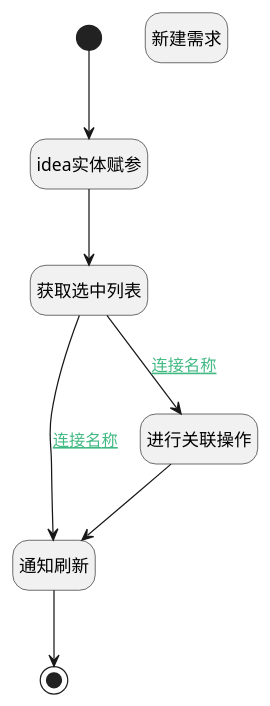
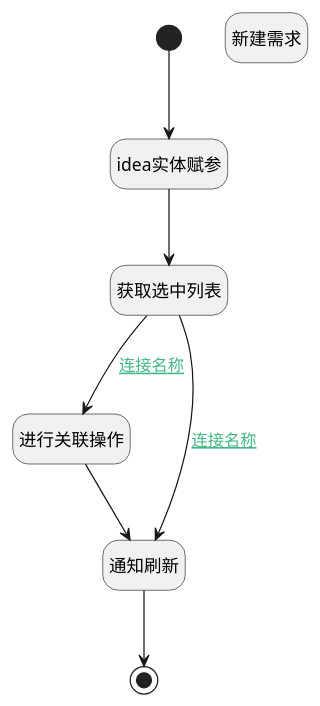
The diagram in doc/docsify/module/ProdMgmt/idea/uilogic/create_and_relation_customer.md (iBizLab/plm), drawn with PlantUML before and after one commit. The commit also changed other lines of this file and 1473 other files, not shown here.

````diff
--- a/doc/docsify/module/ProdMgmt/idea/uilogic/create_and_relation_customer.md
+++ b/doc/docsify/module/ProdMgmt/idea/uilogic/create_and_relation_customer.md
@@ -7,29 +7,29 @@
 ```plantuml
 @startuml
 hide footbox
 <style>
 root {
   HyperlinkColor #42b983
 }
 </style>
 
 hide empty description
 state "开始" as Begin <<start>> [[$./create_and_relation_customer#begin {开始}]]
 state "idea实体赋参" as PREPAREJSPARAM2  [[$./create_and_relation_customer#preparejsparam2 {idea实体赋参}]]
+state "进行关联操作" as DEACTION1  [[$./create_and_relation_customer#deaction1 {进行关联操作}]]
+state "通知刷新" as RAWJSCODE3  [[$./create_and_relation_customer#rawjscode3 {通知刷新}]]
 state "结束" as END1 <<end>> [[$./create_and_relation_customer#end1 {结束}]]
-state "通知刷新" as RAWJSCODE3  [[$./create_and_relation_customer#rawjscode3 {通知刷新}]]
-state "进行关联操作" as DEACTION1  [[$./create_and_relation_customer#deaction1 {进行关联操作}]]
 state "新建需求" as create_idea  [[$./create_and_relation_customer#create_idea {新建需求}]]
 state "获取选中列表" as RAWJSCODE2  [[$./create_and_relation_customer#rawjscode2 {获取选中列表}]]
 
 
 Begin --> PREPAREJSPARAM2
 PREPAREJSPARAM2 --> RAWJSCODE2
 RAWJSCODE2 --> DEACTION1 : [[$./create_and_relation_customer#rawjscode2-deaction1{连接名称} 连接名称]]
 DEACTION1 --> RAWJSCODE3
 RAWJSCODE3 --> END1
 RAWJSCODE2 --> RAWJSCODE3 : [[$./create_and_relation_customer#rawjscode2-rawjscode3{连接名称} 连接名称]]
 
 
 @enduml
 ```
````
